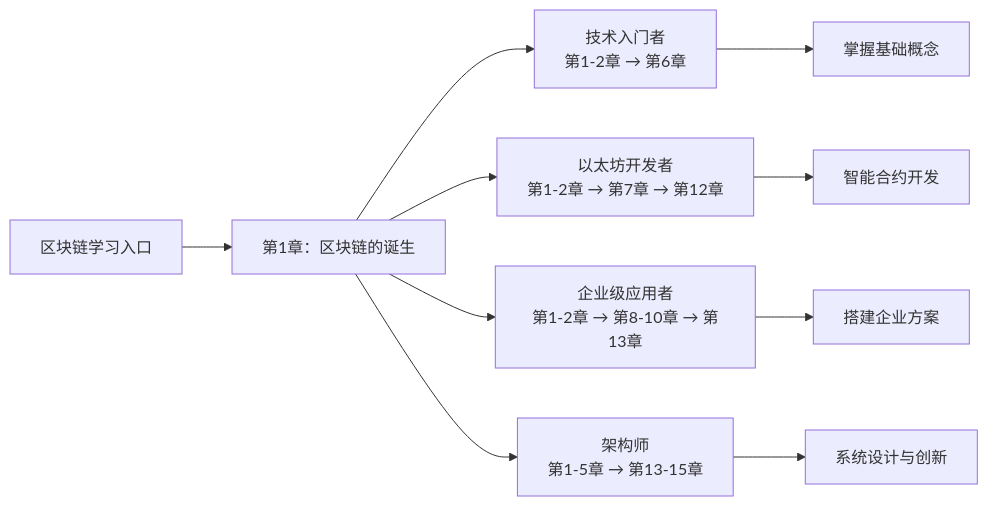
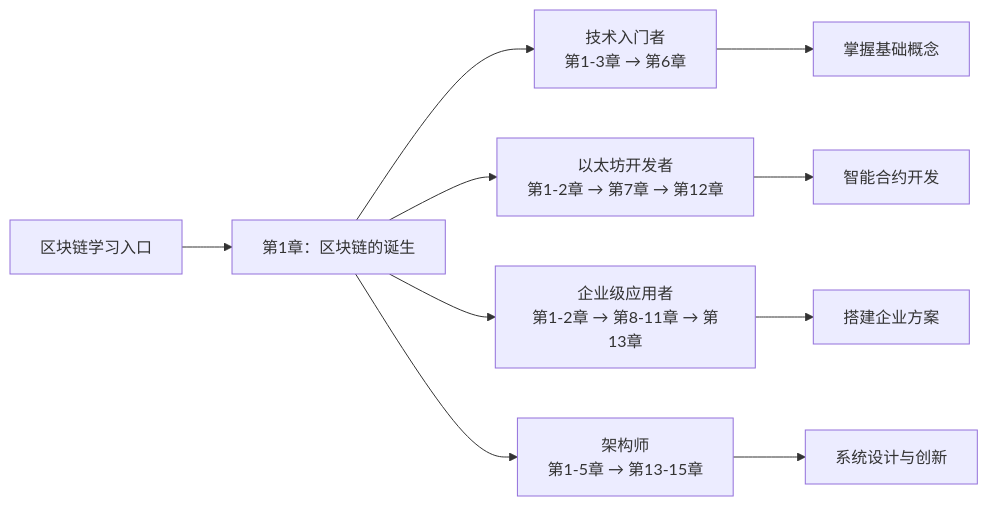
Before and after one commit to yeasy/blockchain_guide: the diagram in README.md, drawn with Mermaid. The commit also changed other lines of this file and 13 other files, not shown here.

````diff
--- a/README.md
+++ b/README.md
@@ -46,14 +47,14 @@
 ```mermaid
 graph LR
     Start[区块链学习入口] --> Ch1[第1章：区块链的诞生]
 
-    Ch1 --> Role1["技术入门者<br/>第1-2章 → 第6章"]
+    Ch1 --> Role1["技术入门者<br/>第1-3章 → 第6章"]
     Ch1 --> Role2["以太坊开发者<br/>第1-2章 → 第7章 → 第12章"]
-    Ch1 --> Role3["企业级应用者<br/>第1-2章 → 第8-10章 → 第13章"]
+    Ch1 --> Role3["企业级应用者<br/>第1-2章 → 第8-11章 → 第13章"]
     Ch1 --> Role4["架构师<br/>第1-5章 → 第13-15章"]
 
     Role1 --> End1["掌握基础概念"]
     Role2 --> End2["智能合约开发"]
     Role3 --> End3["搭建企业方案"]
     Role4 --> End4["系统设计与创新"]
 ```
````
